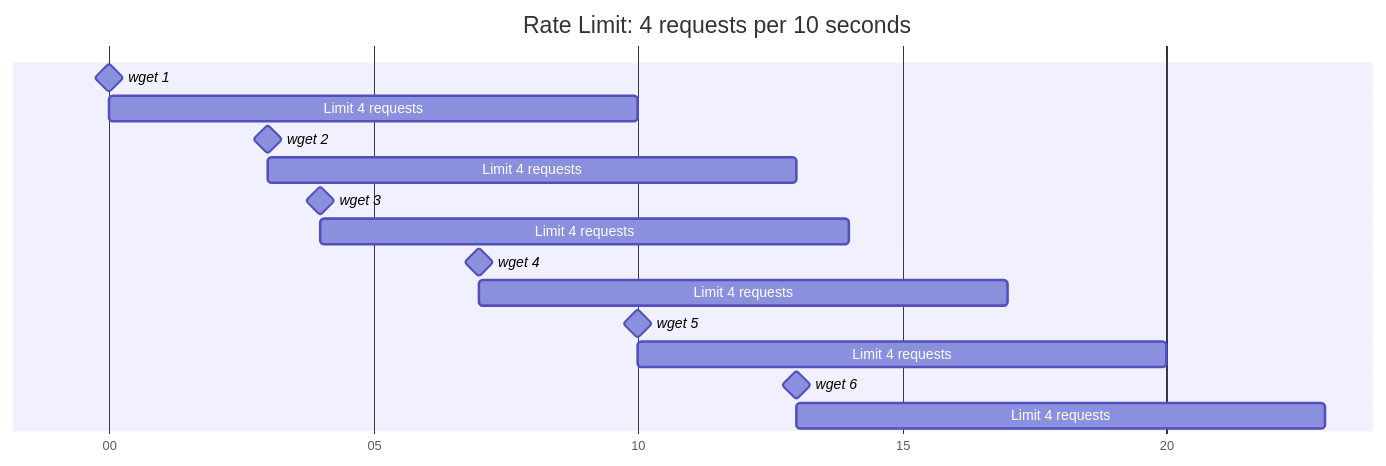
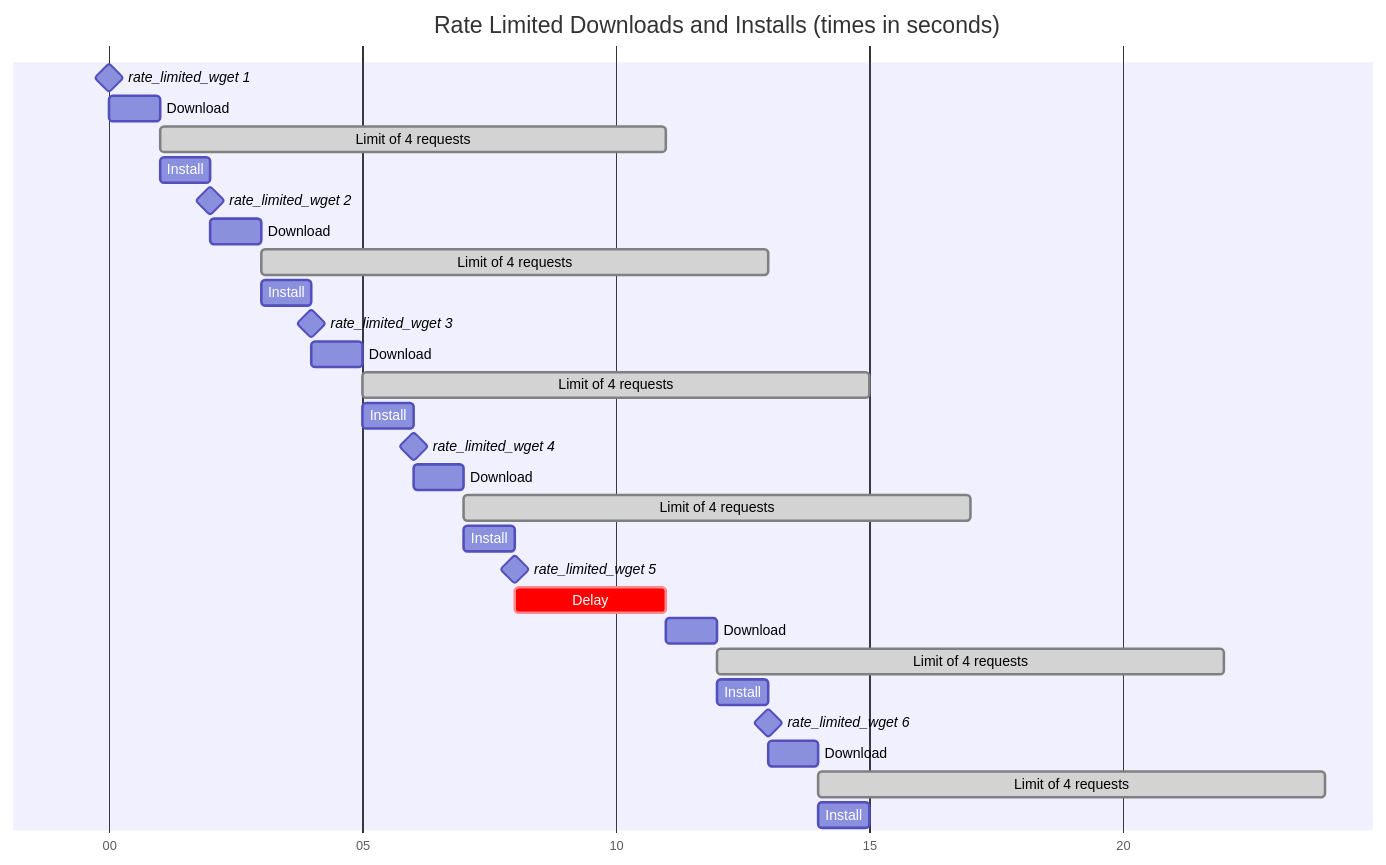
Before and after one commit to jshprentz/rate_limited_wget: the second of 2 diagrams in README.md, drawn with Mermaid. The commit also changed other lines of this file, not shown here.

Commit message:
Update README.md: Improve text and charts in Theory of Operation.

````diff
--- a/README.md
+++ b/README.md
@@ -155,18 +187,31 @@
 ```mermaid
 gantt
-    title Rate Limit: 4 requests per 10 seconds
+    title Rate Limited Downloads and Installs (times in seconds)
     dateFormat  s
     axisFormat %S
-    wget 1                :milestone, 0, 0
-    Limit 4 requests     :0, 10s
-    wget 2                :milestone, 3, 3
-    Limit 4 requests     :3, 10s
-    wget 3                :milestone, 4, 4
-    Limit 4 requests      :4, 10s
-    wget 4                :milestone, 7, 7
-    Limit 4 requests      :7, 10s
-    wget 5                :milestone, 10, 10
-    Limit 4 requests     :10, 10s
-    wget 6                :milestone, 13, 13
-    Limit 4 requests     :13, 10s
+    rate_limited_wget 1   :milestone, w1, 0, 0
+    Download              :d1, after w1, 1s
+    Limit of 4 requests   :done, l1, after d1, 10s
+    Install               :after d1, 1s
+    rate_limited_wget 2    :milestone, w2, 2, 2
+    Download              :d2, after w2, 1s
+    Limit of 4 requests   :done, after d2, 10s
+    Install               :after d2, 1s
+    rate_limited_wget 3   :milestone, w3, 4, 4
+    Download              :d3, after w3, 1s
+    Limit of 4 requests   :done, after d3, 10s
+    Install               :after d3, 1s
+    rate_limited_wget 4   :milestone, w4, 6, 6
+    Download              :d4, after w4, 1s
+    Limit of 4 requests   :done, after d4, 10s
+    Install               :i4, after d4, 1s
+    rate_limited_wget 5   :milestone, w5, after i4, 0s
+    Delay                 :crit, delay5, after w5, until d5
+    Download              :d5, after l1, 1s
+    Limit of 4 requests   :done, after d5, 10s
+    Install               :i5, after d5, 1s
+    rate_limited_wget 6   :milestone, w6, after i5, 0s
+    Download              :d6, after w6, 1s
+    Limit of 4 requests   :done, after d6, 10s
+    Install               :after d6, 1s
 ```
````
